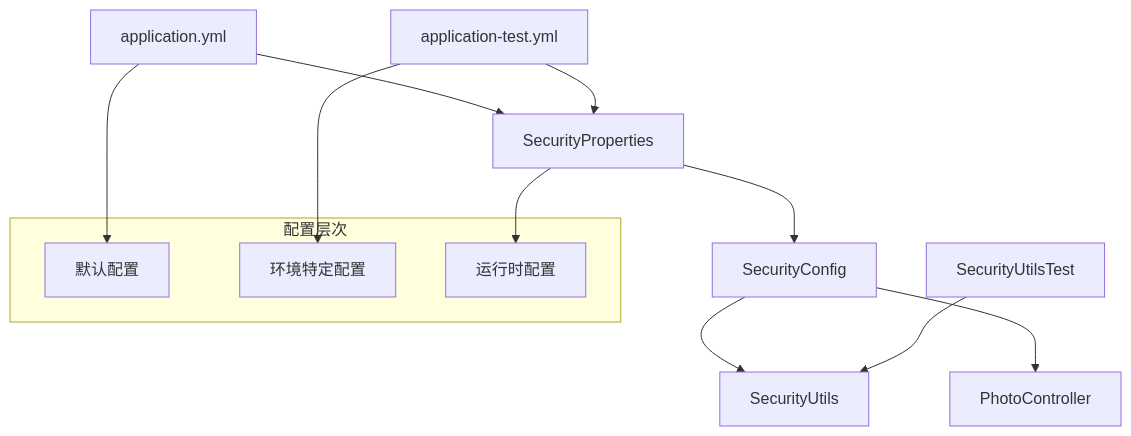
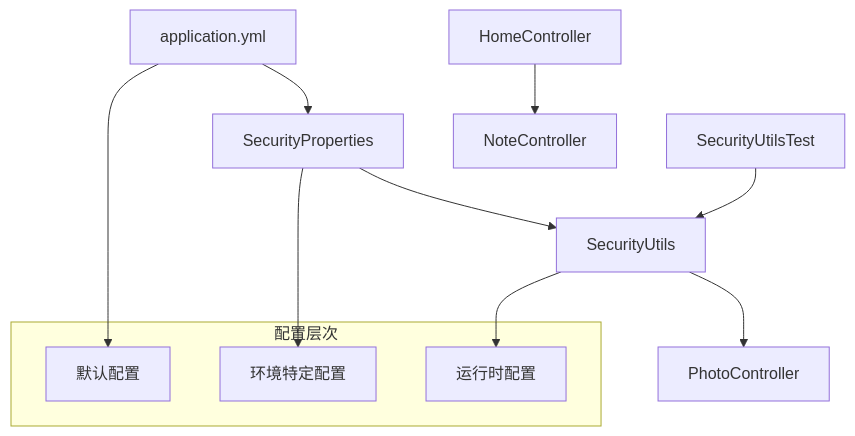
Before and after one commit to QoderZcy/zcyTest2: the tenth of 10 diagrams in .qoder/repowiki/zh/content/配置指南/安全配置.md, drawn with Mermaid. The commit also changed other lines of this file and 10 other files, not shown here.

````diff
--- a/.qoder/repowiki/zh/content/配置指南/安全配置.md
+++ b/.qoder/repowiki/zh/content/配置指南/安全配置.md
@@ -439,17 +364,16 @@
 ```mermaid
 graph TD
 A[application.yml] --> B[SecurityProperties]
-B --> C[SecurityConfig]
-C --> D[SecurityUtils]
-C --> E[PhotoController]
-F[SecurityUtilsTest] --> D
-G[application-test.yml] --> B
+B --> C[SecurityUtils]
+C --> D[PhotoController]
+E[SecurityUtilsTest] --> C
+F[HomeController] --> G[NoteController]
 subgraph "配置层次"
 H[默认配置]
 I[环境特定配置]
 J[运行时配置]
 end
 A --> H
-G --> I
-B --> J
+B --> I
+C --> J
 ```
````
